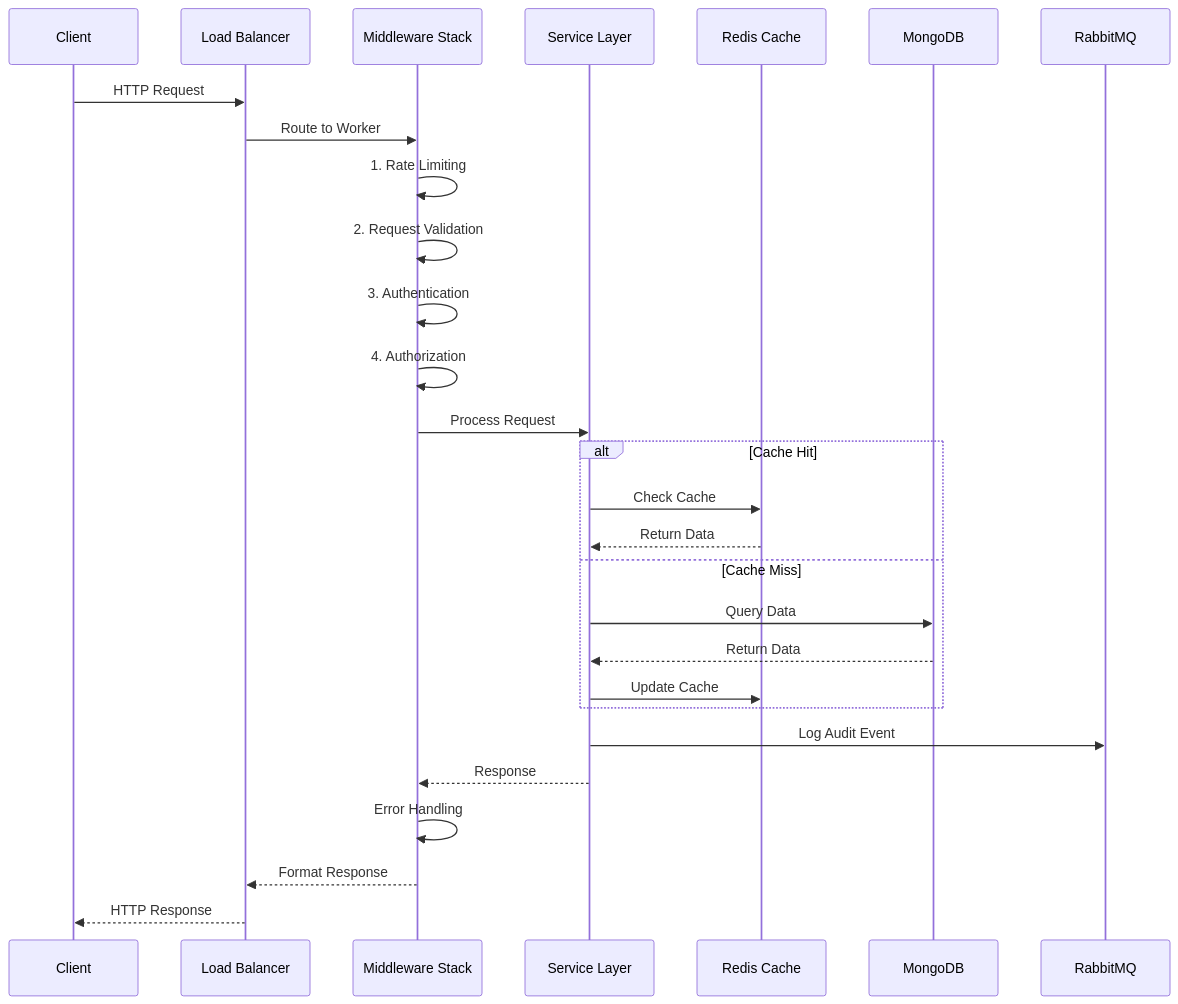
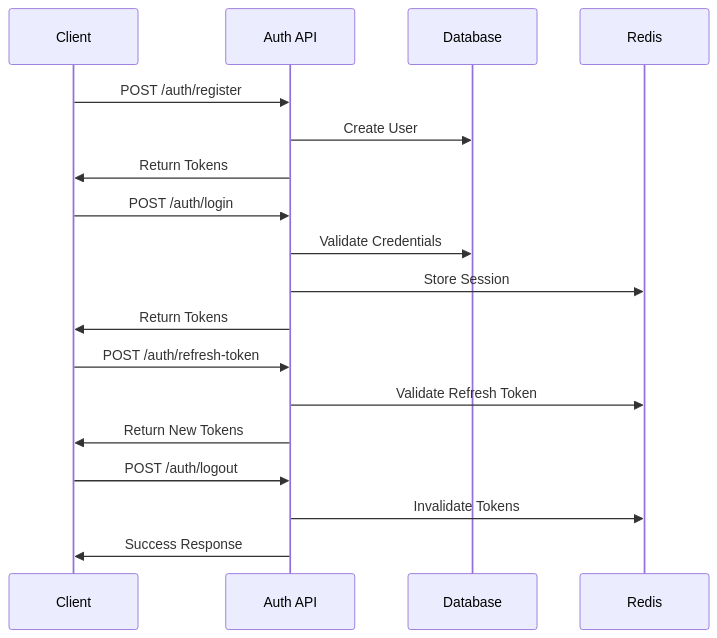
Before and after one commit to solvejet/pixe-whatspp: the third of 4 diagrams in README.md, drawn with Mermaid. The commit also changed other lines of this file and 2 other files, not shown here.

````diff
--- a/README.md
+++ b/README.md
@@ -82,33 +193,24 @@
 ```mermaid
 sequenceDiagram
     participant C as Client
-    participant LB as Load Balancer
-    participant M as Middleware Stack
-    participant S as Service Layer
-    participant Cache as Redis Cache
-    participant DB as MongoDB
-    participant Q as RabbitMQ
+    participant A as Auth API
+    participant DB as Database
+    participant R as Redis
 
-    C->>LB: HTTP Request
-    LB->>M: Route to Worker
-    M->>M: 1. Rate Limiting
-    M->>M: 2. Request Validation
-    M->>M: 3. Authentication
-    M->>M: 4. Authorization
-    M->>S: Process Request
+    C->>A: POST /auth/register
+    A->>DB: Create User
+    A->>C: Return Tokens
 
-    alt Cache Hit
-        S->>Cache: Check Cache
-        Cache-->>S: Return Data
-    else Cache Miss
-        S->>DB: Query Data
-        DB-->>S: Return Data
-        S->>Cache: Update Cache
-    end
+    C->>A: POST /auth/login
+    A->>DB: Validate Credentials
+    A->>R: Store Session
+    A->>C: Return Tokens
 
-    S->>Q: Log Audit Event
-    S-->>M: Response
-    M->>M: Error Handling
-    M-->>LB: Format Response
-    LB-->>C: HTTP Response
+    C->>A: POST /auth/refresh-token
+    A->>R: Validate Refresh Token
+    A->>C: Return New Tokens
+
+    C->>A: POST /auth/logout
+    A->>R: Invalidate Tokens
+    A->>C: Success Response
 ```
````
